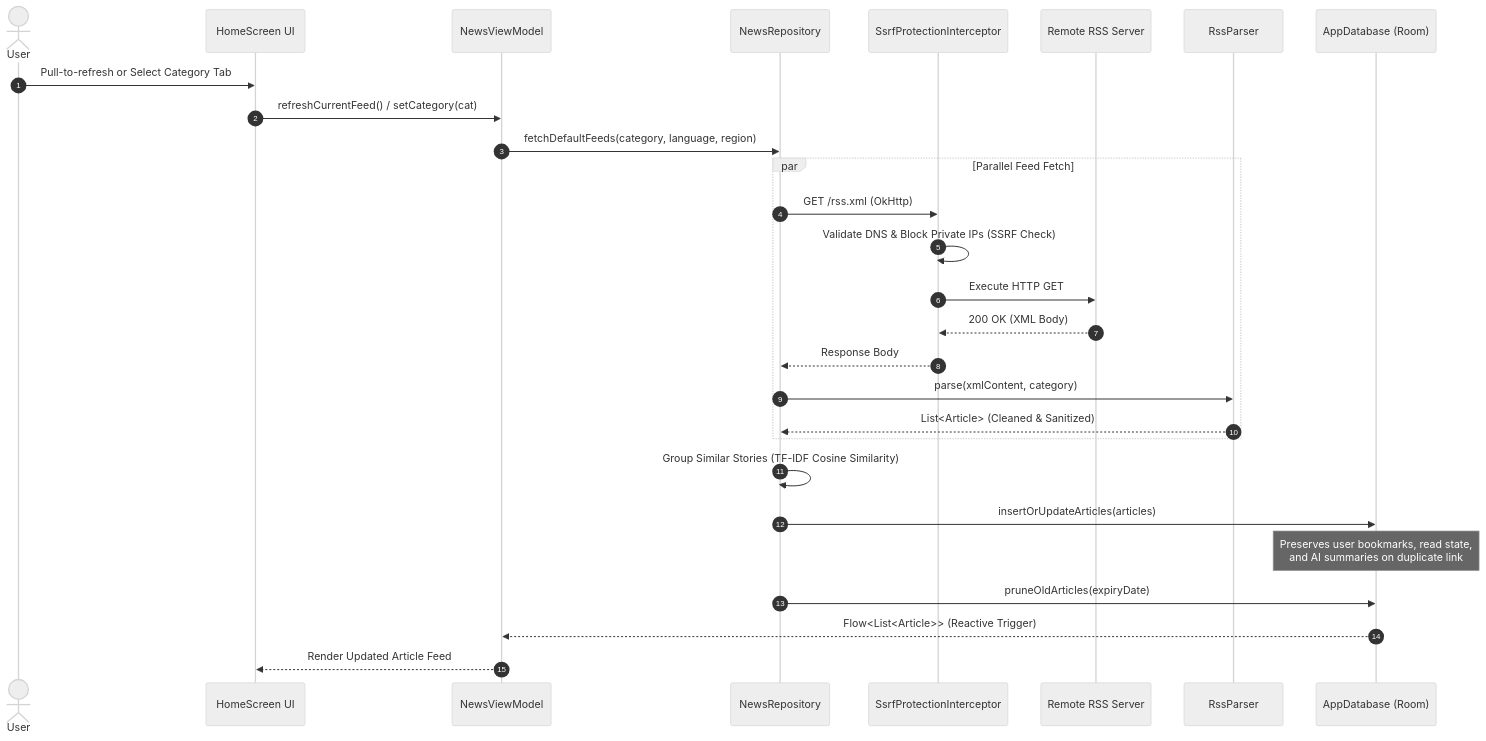
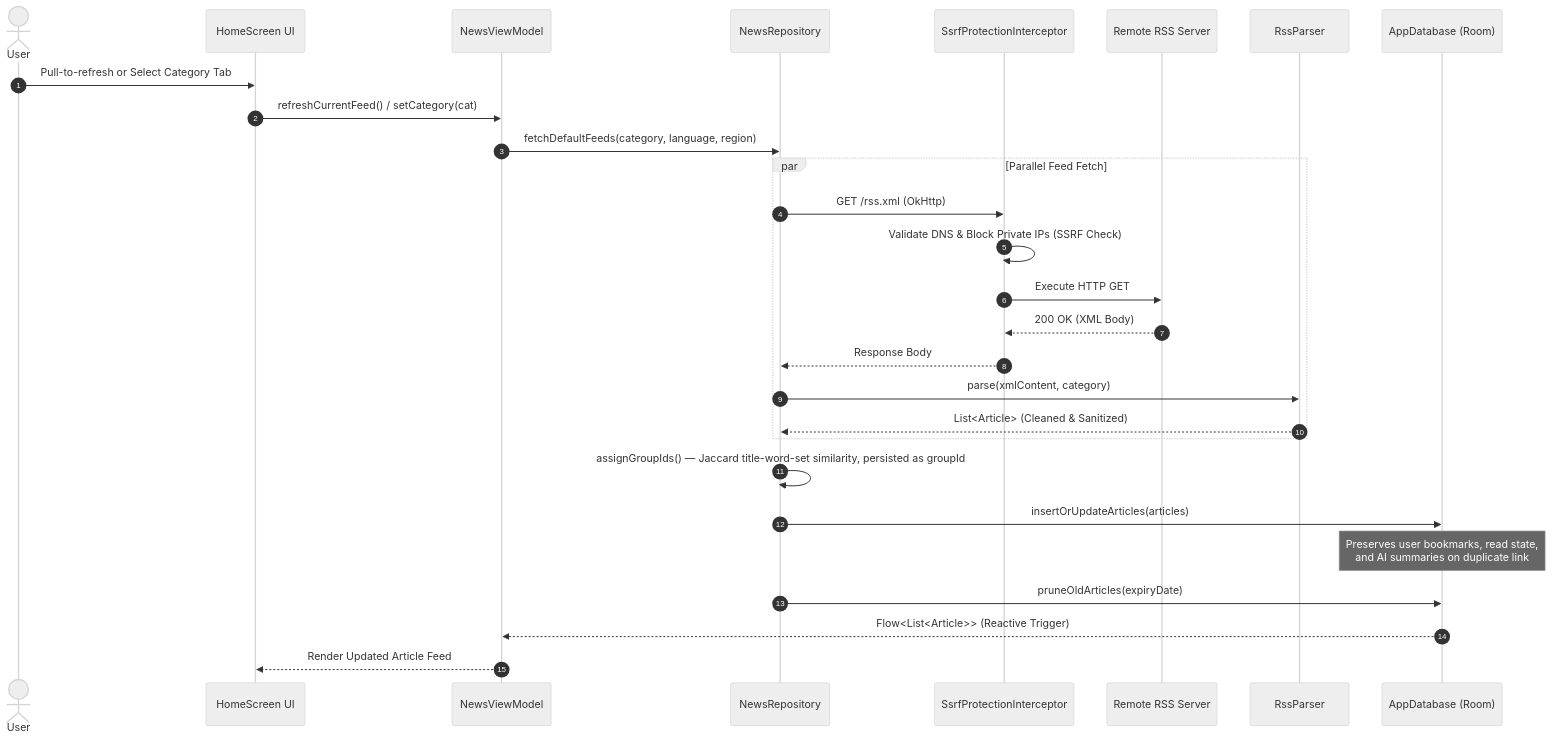
One commit to sm32d/streamfolio changed the third of 5 diagrams in docs/01-architecture.md. Above: the diagram before and after it, drawn with Mermaid (neutral theme). The commit also changed other lines of this file and 11 other files, not shown here.

````diff
--- a/docs/01-architecture.md
+++ b/docs/01-architecture.md
@@ -112,33 +112,33 @@
 ```mermaid
 sequenceDiagram
     autonumber
     actor User
     participant HomeScreen as HomeScreen UI
     participant VM as NewsViewModel
     participant Repo as NewsRepository
     participant Interceptor as SsrfProtectionInterceptor
     participant Network as Remote RSS Server
     participant Parser as RssParser
     participant DB as AppDatabase (Room)
 
     User->>HomeScreen: Pull-to-refresh or Select Category Tab
     HomeScreen->>VM: refreshCurrentFeed() / setCategory(cat)
     VM->>Repo: fetchDefaultFeeds(category, language, region)
     
     par Parallel Feed Fetch
         Repo->>Interceptor: GET /rss.xml (OkHttp)
         Interceptor->>Interceptor: Validate DNS & Block Private IPs (SSRF Check)
         Interceptor->>Network: Execute HTTP GET
         Network-->>Interceptor: 200 OK (XML Body)
         Interceptor-->>Repo: Response Body
         Repo->>Parser: parse(xmlContent, category)
         Parser-->>Repo: List<Article> (Cleaned & Sanitized)
     end
 
-    Repo->>Repo: Group Similar Stories (TF-IDF Cosine Similarity)
+    Repo->>Repo: assignGroupIds() — Jaccard title-word-set similarity, persisted as groupId
     Repo->>DB: insertOrUpdateArticles(articles)
     Note over DB: Preserves user bookmarks, read state,<br/>and AI summaries on duplicate link
     Repo->>DB: pruneOldArticles(expiryDate)
     DB-->>VM: Flow<List<Article>> (Reactive Trigger)
     VM-->>HomeScreen: Render Updated Article Feed
 ```
````
